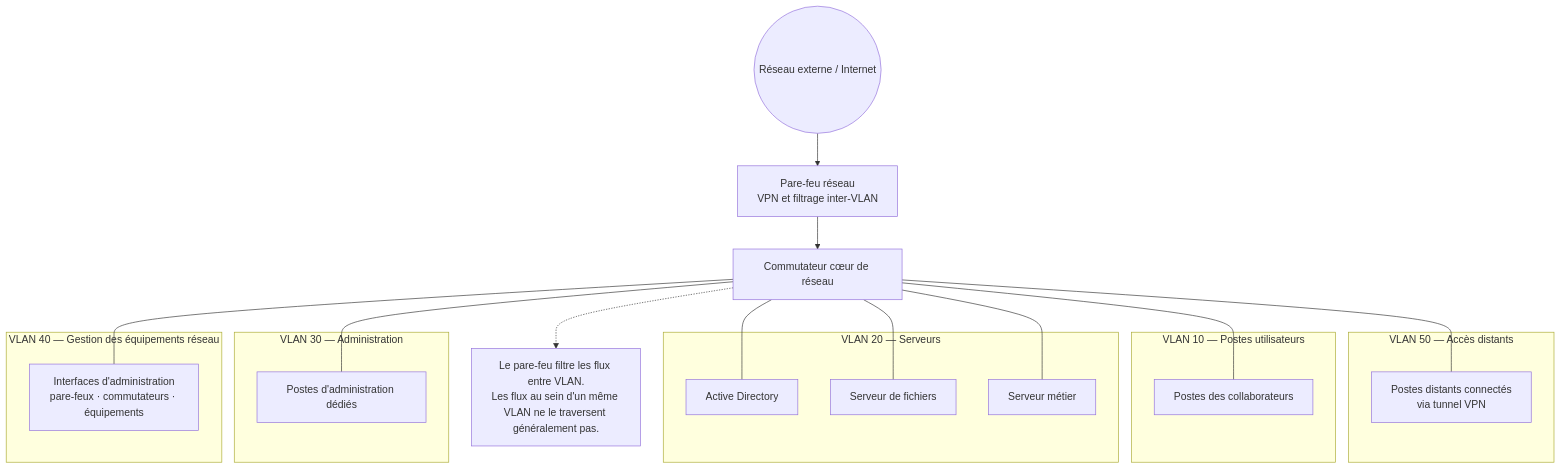
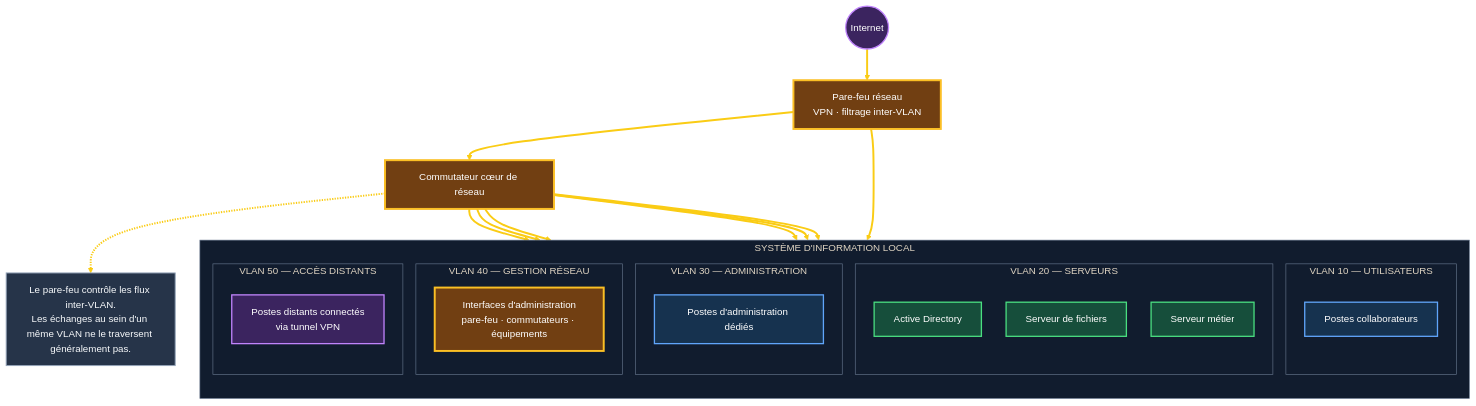
One commit to Chanc-111/Chanc-111 changed the diagram in projects/01-zero-trust-architecture/diagrams/01-existing-architecture.mmd. Above: the diagram before and after it, drawn with Mermaid.

Commit message:
Align architecture diagrams visual style and simplify target view

```diff
--- a/projects/01-zero-trust-architecture/diagrams/01-existing-architecture.mmd
+++ b/projects/01-zero-trust-architecture/diagrams/01-existing-architecture.mmd
@@ -1,39 +1,52 @@
+%%{init: {"theme":"base","themeVariables":{"background":"#0b1220","primaryColor":"#172b45","primaryTextColor":"#f8fafc","primaryBorderColor":"#60a5fa","lineColor":"#facc15","secondaryColor":"#182235","tertiaryColor":"#202b3d","clusterBkg":"#111c2e","clusterBorder":"#64748b","edgeLabelBackground":"#263449","fontFamily":"Arial","fontSize":"15px"},"flowchart":{"curve":"basis","htmlLabels":true,"nodeSpacing":38,"rankSpacing":48}}}%%
 flowchart TB
-    WAN(("Réseau externe / Internet"))
-    FW["Pare-feu réseau<br/>VPN et filtrage inter-VLAN"]
+    WAN(("Internet"))
+    FW["Pare-feu réseau<br/>VPN · filtrage inter-VLAN"]
     CORE["Commutateur cœur de réseau"]
 
-    subgraph V50["VLAN 50 — Accès distants"]
-        VPN["Postes distants connectés<br/>via tunnel VPN"]
-    end
-
-    subgraph V10["VLAN 10 — Postes utilisateurs"]
-        USERS["Postes des collaborateurs"]
-    end
-
-    subgraph V20["VLAN 20 — Serveurs"]
-        AD["Active Directory"]
-        FILES["Serveur de fichiers"]
-        APP["Serveur métier"]
-    end
-
-    subgraph V30["VLAN 30 — Administration"]
-        ADM["Postes d'administration dédiés"]
-    end
-
-    subgraph V40["VLAN 40 — Gestion des équipements réseau"]
-        MGMT["Interfaces d'administration<br/>pare-feux · commutateurs · équipements"]
+    subgraph LOCAL["SYSTÈME D'INFORMATION LOCAL"]
+        direction TB
+        subgraph V10["VLAN 10 — UTILISATEURS"]
+            USERS["Postes collaborateurs"]
+        end
+        subgraph V20["VLAN 20 — SERVEURS"]
+            AD["Active Directory"]
+            FILES["Serveur de fichiers"]
+            APP["Serveur métier"]
+        end
+        subgraph V30["VLAN 30 — ADMINISTRATION"]
+            ADM["Postes d'administration dédiés"]
+        end
+        subgraph V40["VLAN 40 — GESTION RÉSEAU"]
+            MGMT["Interfaces d'administration<br/>pare-feu · commutateurs · équipements"]
+        end
+        subgraph V50["VLAN 50 — ACCÈS DISTANTS"]
+            VPN["Postes distants connectés<br/>via tunnel VPN"]
+        end
     end
 
     WAN --> FW
     FW --> CORE
-    CORE --- VPN
-    CORE --- USERS
-    CORE --- AD
-    CORE --- FILES
-    CORE --- APP
-    CORE --- ADM
-    CORE --- MGMT
+    CORE --> USERS
+    CORE --> AD
+    CORE --> FILES
+    CORE --> APP
+    CORE --> ADM
+    CORE --> MGMT
+    FW --> VPN
 
-    NOTE["Le pare-feu filtre les flux entre VLAN.<br/>Les flux au sein d'un même VLAN ne le traversent généralement pas."]
+    NOTE["Le pare-feu contrôle les flux inter-VLAN.<br/>Les échanges au sein d'un même VLAN ne le traversent généralement pas."]
     CORE -.-> NOTE
+
+    classDef endpoint fill:#16324f,stroke:#60a5fa,stroke-width:2px,color:#ffffff
+    classDef server fill:#164e3b,stroke:#4ade80,stroke-width:2px,color:#ffffff
+    classDef network fill:#713f12,stroke:#fbbf24,stroke-width:3px,color:#ffffff
+    classDef external fill:#3b245f,stroke:#c084fc,stroke-width:2px,color:#ffffff
+    classDef note fill:#263449,stroke:#94a3b8,stroke-width:1.5px,color:#f8fafc
+
+    class USERS,ADM endpoint
+    class AD,FILES,APP server
+    class FW,CORE,MGMT network
+    class WAN,VPN external
+    class NOTE note
+    linkStyle default stroke:#facc15,stroke-width:3px,color:#f8fafc
```
